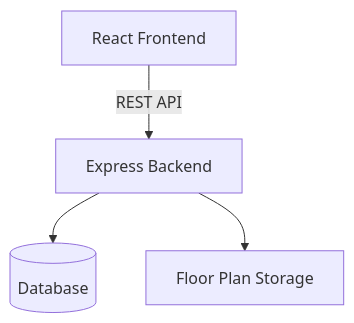
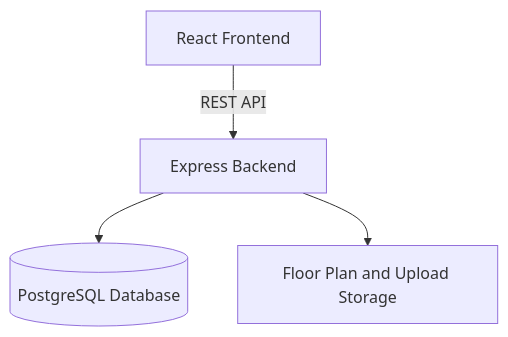
The diagram in docs/architecture.md (Connel101/lecturer-locator), drawn with Mermaid before and after one commit. The commit also changed other lines of this file and 3 other files, not shown here.

````diff
--- a/docs/architecture.md
+++ b/docs/architecture.md
@@ -2,11 +3,11 @@
 ```mermaid
 flowchart TD
     A[React Frontend]
     B[Express Backend]
-    C[(Database)]
-    D[Floor Plan Storage]
+    C[(PostgreSQL Database)]
+    D[Floor Plan and Upload Storage]
 
     A -->|REST API| B
     B --> C
     B --> D
 ```
````
